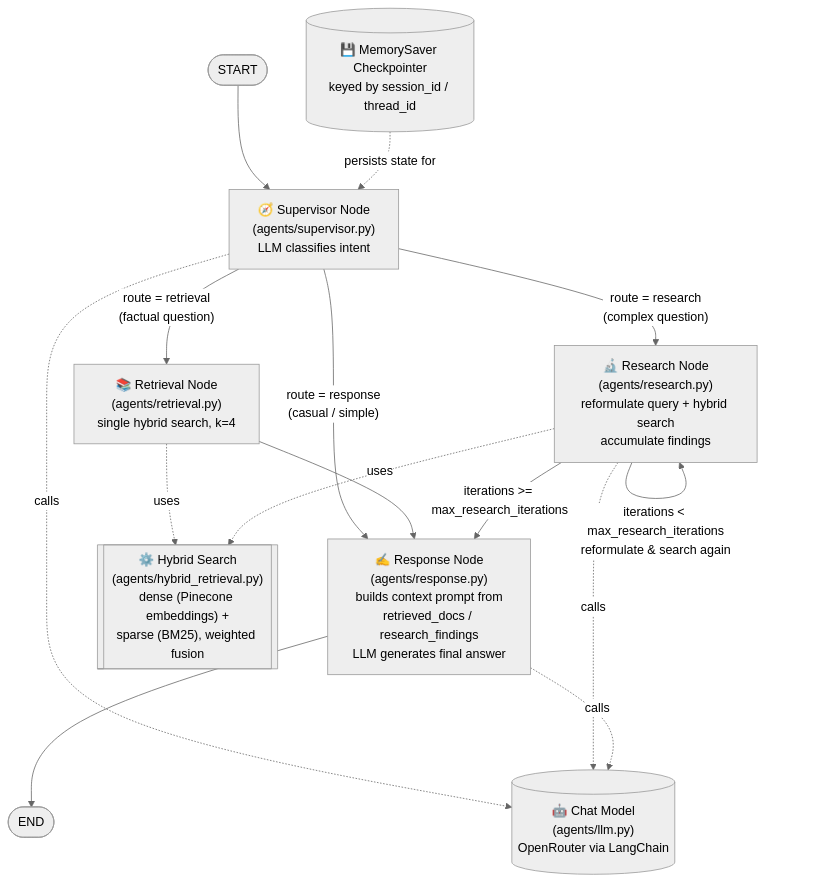
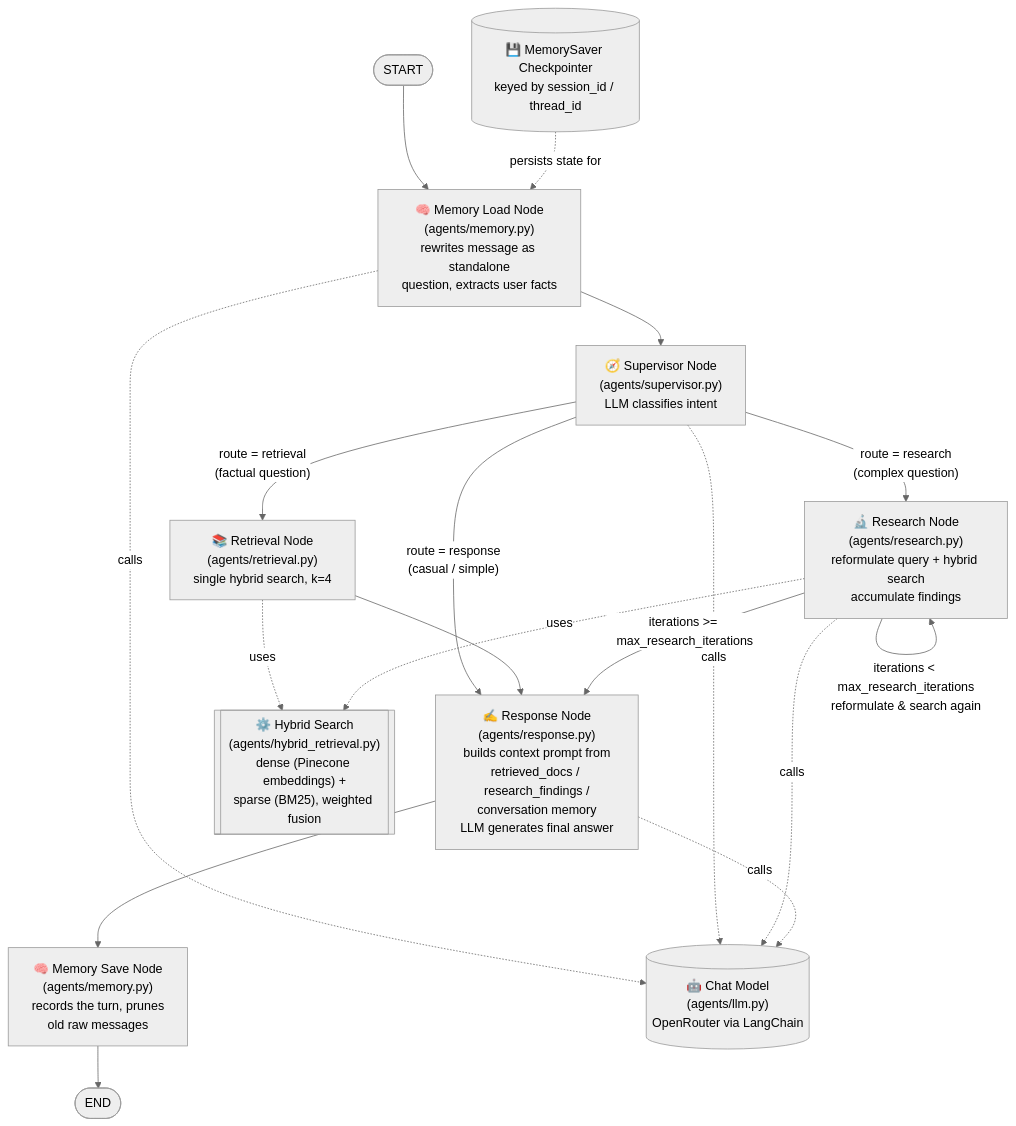
Before and after one commit to Lahirupc/multi-agent-rag-demo-2: the diagram in README.md, drawn with Mermaid (neutral theme). The commit also changed other lines of this file and 14 other files, not shown here.

````diff
--- a/README.md
+++ b/README.md
@@ -29,53 +29,67 @@
 ```mermaid
 flowchart TD
-    START(["START"]) --> Supervisor
+    START(["START"]) --> MemoryLoad
+
+    MemoryLoad["🧠 Memory Load Node
+(agents/memory.py)
+rewrites message as standalone
+question, extracts user facts"]
+    MemoryLoad --> Supervisor
 
     Supervisor["🧭 Supervisor Node
 (agents/supervisor.py)
 LLM classifies intent"]
 
     Supervisor -- "route = retrieval
 (factual question)" --> Retrieval
     Supervisor -- "route = research
 (complex question)" --> Research
     Supervisor -- "route = response
 (casual / simple)" --> Response
 
     Retrieval["📚 Retrieval Node
 (agents/retrieval.py)
 single hybrid search, k=4"]
     Retrieval --> Response
 
     Research["🔬 Research Node
 (agents/research.py)
 reformulate query + hybrid search
 accumulate findings"]
     Research -- "iterations < max_research_iterations
 reformulate & search again" --> Research
     Research -- "iterations >= max_research_iterations" --> Response
 
     Hybrid[["⚙️ Hybrid Search
 (agents/hybrid_retrieval.py)
 dense (Pinecone embeddings) +
 sparse (BM25), weighted fusion"]]
     Retrieval -.uses.-> Hybrid
     Research -.uses.-> Hybrid
 
     Response["✍️ Response Node
 (agents/response.py)
 builds context prompt from
-retrieved_docs / research_findings
+retrieved_docs / research_findings /
+conversation memory
 LLM generates final answer"]
-    Response --> END(["END"])
+    Response --> MemorySave
+
+    MemorySave["🧠 Memory Save Node
+(agents/memory.py)
+records the turn, prunes
+old raw messages"]
+    MemorySave --> END(["END"])
 
     LLM[("🤖 Chat Model
 (agents/llm.py)
 OpenRouter via LangChain")]
+    MemoryLoad -.calls.-> LLM
     Supervisor -.calls.-> LLM
     Research -.calls.-> LLM
     Response -.calls.-> LLM
 
     Checkpoint[("💾 MemorySaver Checkpointer
 keyed by session_id / thread_id")]
-    Checkpoint -.persists state for.-> Supervisor
+    Checkpoint -.persists state for.-> MemoryLoad
 ```
````
